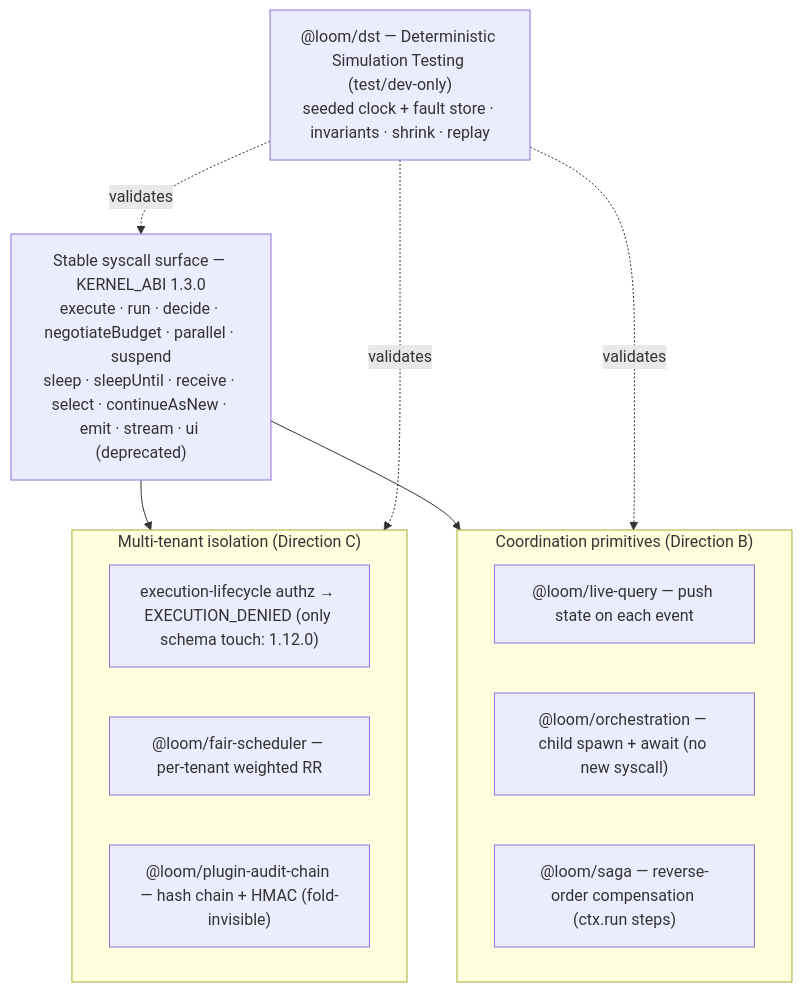
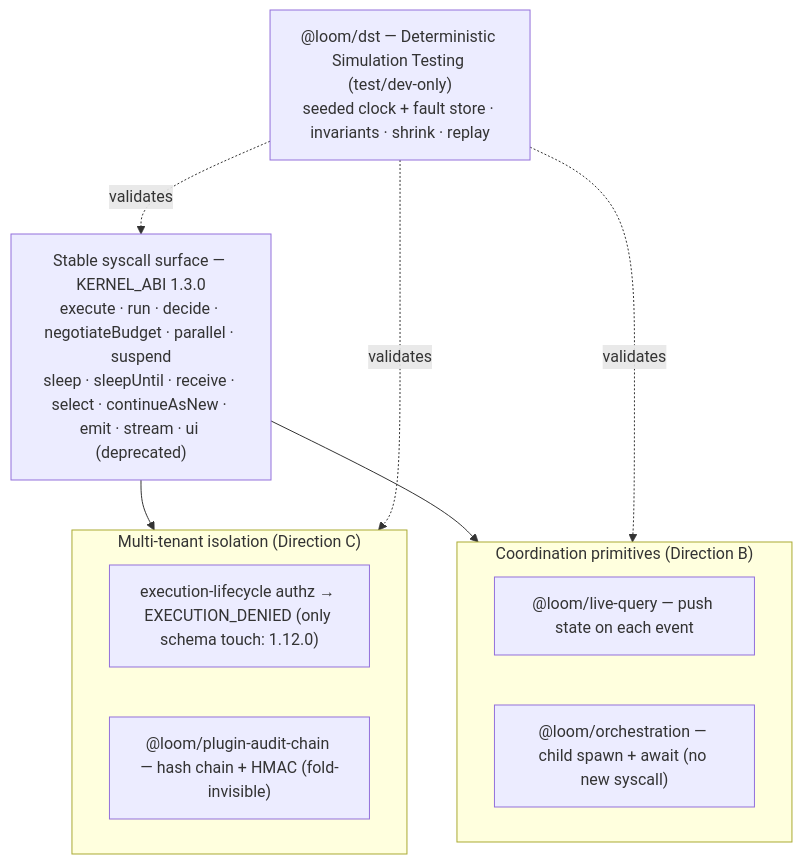
Before and after one commit to chhetrisushil/loom: diagram 12 of 13 in docs/architecture.md, drawn with Mermaid. The commit also changed other lines of this file and 42 other files, not shown here.

Commit message:
chore(prune): remove @loom/saga, @loom/fair-scheduler, @loom/replay-inspector (R21; no consumers)

````diff
--- a/docs/architecture.md
+++ b/docs/architecture.md
@@ -423,24 +413,22 @@
 ```mermaid
 flowchart TB
   Sys["Stable syscall surface — KERNEL_ABI 1.3.0<br/>execute · run · decide · negotiateBudget · parallel · suspend<br/>sleep · sleepUntil · receive · select · continueAsNew · emit · stream · ui (deprecated)"]
 
   subgraph Iso["Multi-tenant isolation (Direction C)"]
     AZ["execution-lifecycle authz → EXECUTION_DENIED (only schema touch: 1.12.0)"]
-    FS["@loom/fair-scheduler — per-tenant weighted RR"]
     AC["@loom/plugin-audit-chain — hash chain + HMAC (fold-invisible)"]
   end
 
   subgraph Coord["Coordination primitives (Direction B)"]
     LQ["@loom/live-query — push state on each event"]
     OR["@loom/orchestration — child spawn + await (no new syscall)"]
-    SG["@loom/saga — reverse-order compensation (ctx.run steps)"]
   end
 
   DST["@loom/dst — Deterministic Simulation Testing (test/dev-only)<br/>seeded clock + fault store · invariants · shrink · replay"]
 
   Sys --> Iso
   Sys --> Coord
   DST -.validates.-> Iso
   DST -.validates.-> Coord
   DST -.validates.-> Sys
 ```
````
